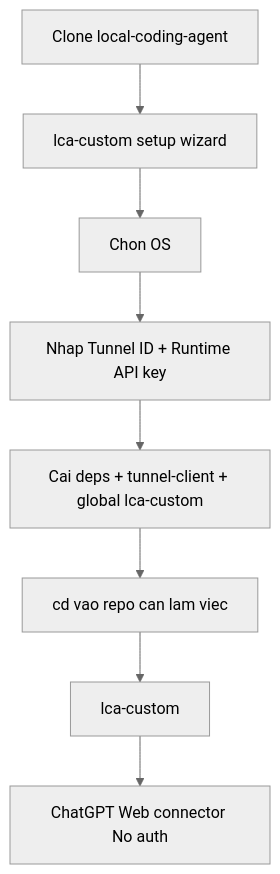
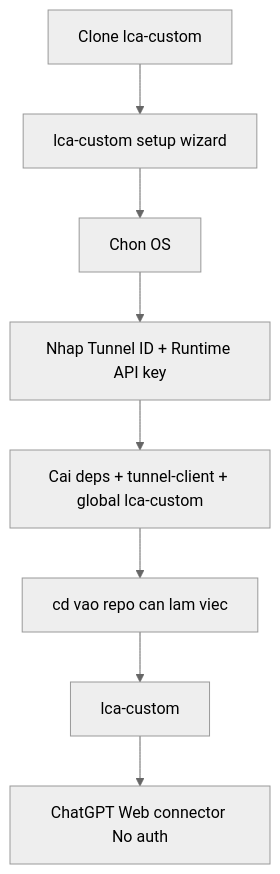
Before and after one commit to matxatamtay/lca-custom: the diagram in docs/AI_AGENT_SETUP_PROMPT.md, drawn with Mermaid (neutral theme). The commit also changed other lines of this file and 5 other files, not shown here.

````diff
--- a/docs/AI_AGENT_SETUP_PROMPT.md
+++ b/docs/AI_AGENT_SETUP_PROMPT.md
@@ -41,10 +45,10 @@
 ```mermaid
 flowchart TD
-  A["Clone local-coding-agent"] --> B["lca-custom setup wizard"]
+  A["Clone lca-custom"] --> B["lca-custom setup wizard"]
   B --> C["Chon OS"]
   C --> D["Nhap Tunnel ID + Runtime API key"]
   D --> E["Cai deps + tunnel-client + global lca-custom"]
   E --> F["cd vao repo can lam viec"]
   F --> G["lca-custom"]
   G --> H["ChatGPT Web connector No auth"]
 ```
````
